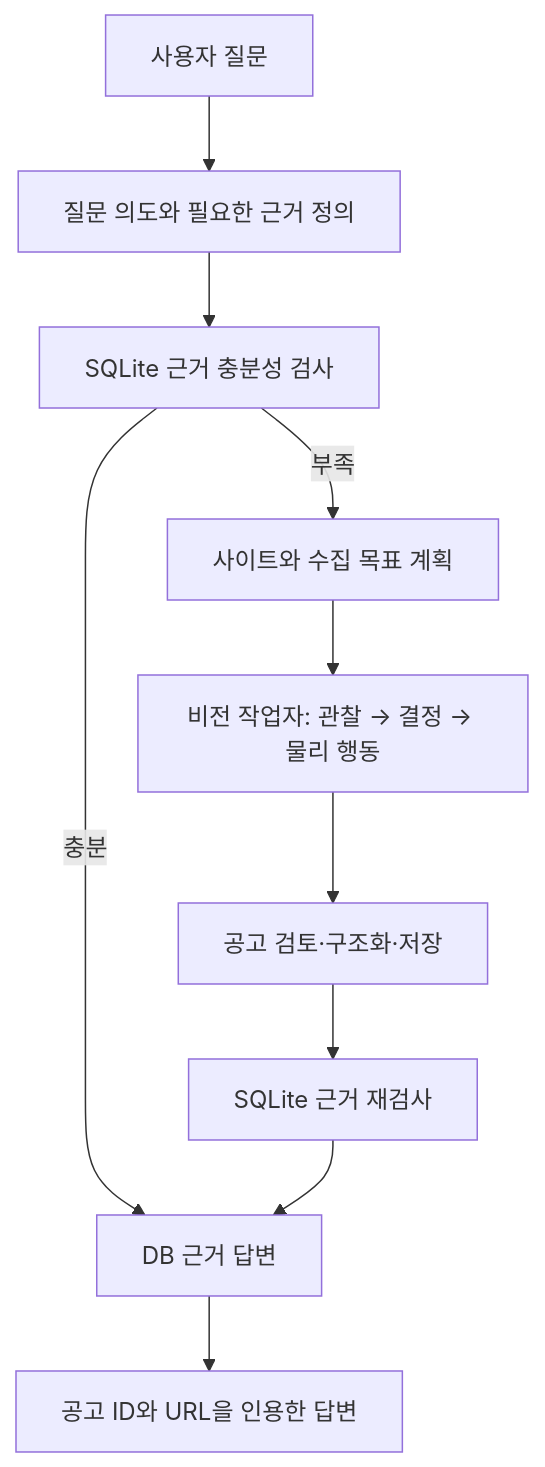
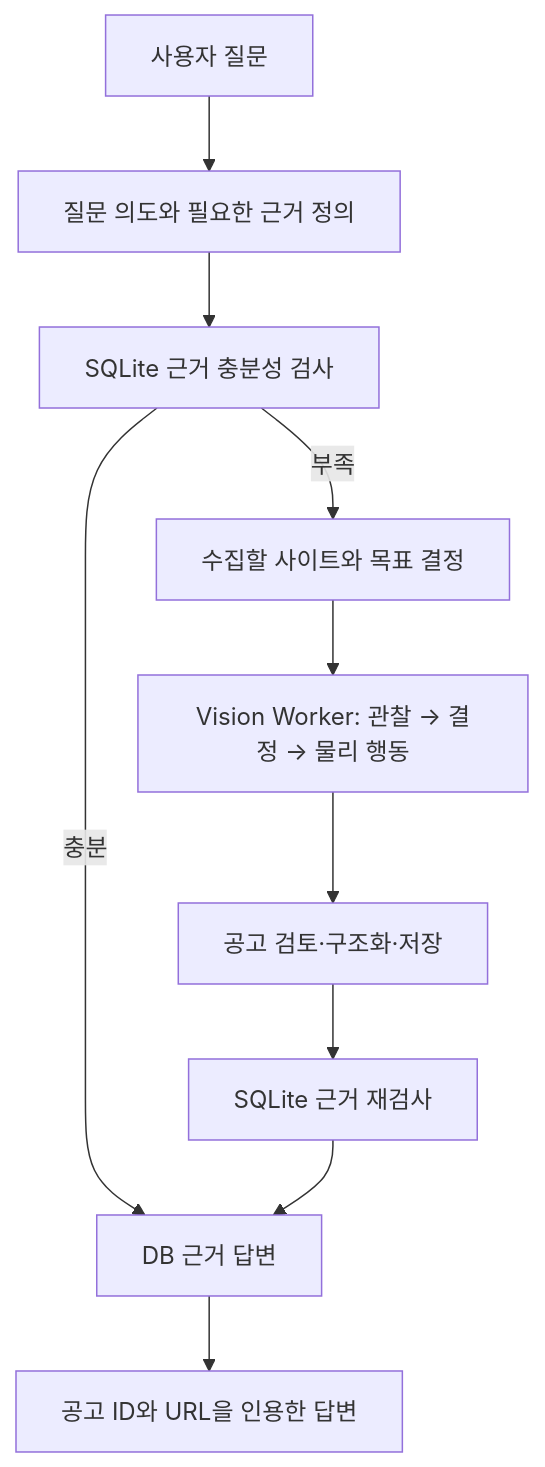
Before and after one commit to Dreamtreeme/L2C: the diagram in README.md, drawn with Mermaid. The commit also changed other lines of this file, not shown here.

````diff
--- a/README.md
+++ b/README.md
@@ -61,12 +102,12 @@
 ```mermaid
 flowchart TD
     A["사용자 질문"] --> B["질문 의도와 필요한 근거 정의"]
     B --> C["SQLite 근거 충분성 검사"]
     C -->|"충분"| H["DB 근거 답변"]
-    C -->|"부족"| D["사이트와 수집 목표 계획"]
-    D --> E["비전 작업자: 관찰 → 결정 → 물리 행동"]
+    C -->|"부족"| D["수집할 사이트와 목표 결정"]
+    D --> E["Vision Worker: 관찰 → 결정 → 물리 행동"]
     E --> F["공고 검토·구조화·저장"]
     F --> G["SQLite 근거 재검사"]
     G --> H
     H --> I["공고 ID와 URL을 인용한 답변"]
 ```
````
